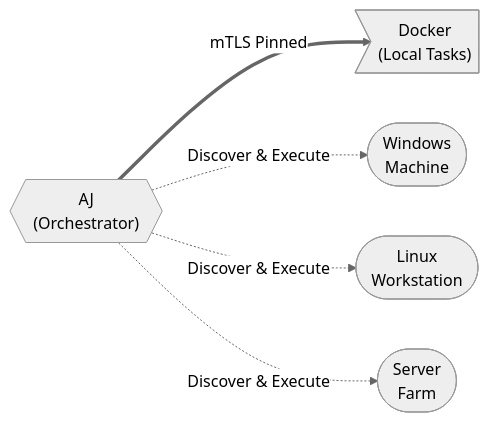
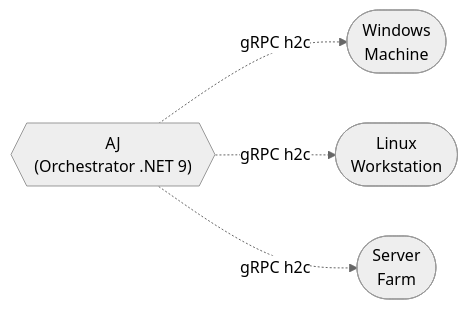
The third of 4 diagrams in README.md (ianwesterfield/aj.westerfield.cloud), drawn with Mermaid (neutral theme) before and after one commit. The commit also changed other lines of this file and 125 other files, not shown here.

````diff
--- a/README.md
+++ b/README.md
@@ -164,13 +160,11 @@
 ```mermaid
 graph LR
-    M{{"AJ<br/>(Orchestrator)"}}
-    D>"Docker<br/>(Local Tasks)"]
+    M{{"AJ<br/>(Orchestrator .NET 9)"}}
     W1(["Windows<br/>Machine"])
     L1(["Linux<br/>Workstation"])
     S1(["Server<br/>Farm"])
 
-    M ==>|"mTLS Pinned"| D
-    M -.->|"Discover & Execute"| W1
-    M -.->|"Discover & Execute"| L1
-    M -.->|"Discover & Execute"| S1
+    M -.->|"gRPC h2c"| W1
+    M -.->|"gRPC h2c"| L1
+    M -.->|"gRPC h2c"| S1
 ```
````
